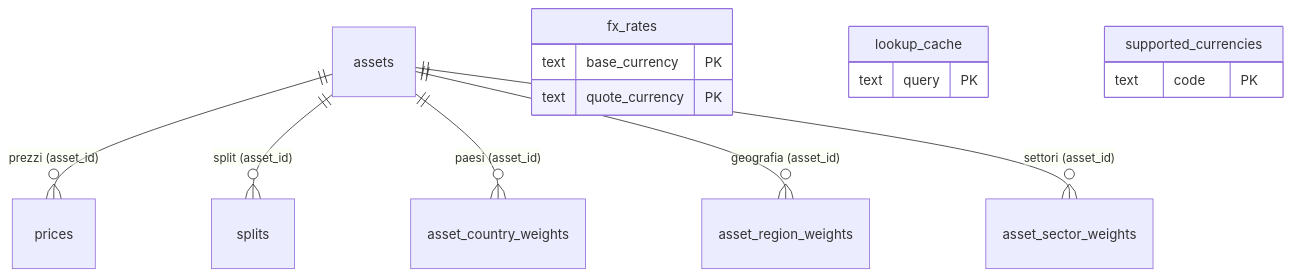
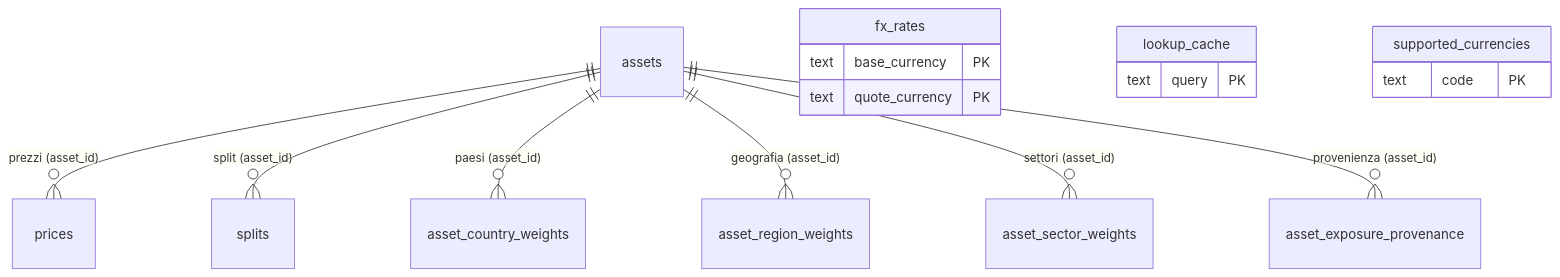
The second of 2 diagrams in docs/DATABASE-GUIDE.it.md (alv67/vault-lab), drawn with Mermaid before and after one commit. The commit also changed other lines of this file and 18 other files, not shown here.

First line of the commit message:
feat(B.14): persist exposure provenance per dimension

````diff
--- a/docs/DATABASE-GUIDE.it.md
+++ b/docs/DATABASE-GUIDE.it.md
@@ -100,19 +100,20 @@
 ```mermaid
 erDiagram
     assets ||--o{ prices : "prezzi (asset_id)"
     assets ||--o{ splits : "split (asset_id)"
     assets ||--o{ asset_country_weights : "paesi (asset_id)"
     assets ||--o{ asset_region_weights : "geografia (asset_id)"
     assets ||--o{ asset_sector_weights : "settori (asset_id)"
+    assets ||--o{ asset_exposure_provenance : "provenienza (asset_id)"
 
     fx_rates {
         text base_currency PK
         text quote_currency PK
     }
     lookup_cache {
         text query PK
     }
     supported_currencies {
         text code PK
     }
 ```
````
